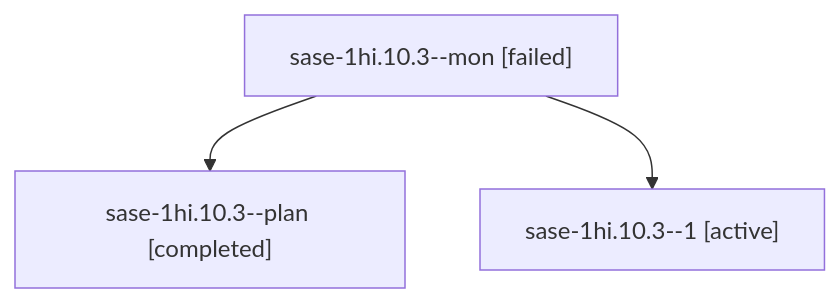
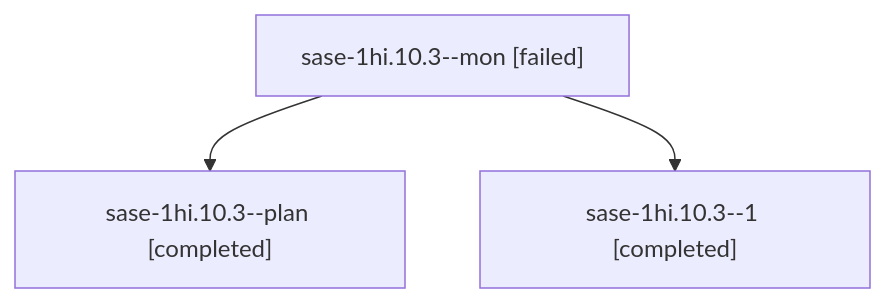
One commit to sase-org/sase--agents changed the diagram in sessions/bbugyi200.apollo.sase-1hi.10.3.md. Above: the diagram before and after it, drawn with Mermaid. The commit also changed other lines of this file and 127 other files, not shown here.

````diff
--- a/sessions/bbugyi200.apollo.sase-1hi.10.3.md
+++ b/sessions/bbugyi200.apollo.sase-1hi.10.3.md
@@ -9,8 +9,8 @@
 ```mermaid
 flowchart TD
   n0["sase-1hi.10.3--mon [failed]"]
   n1["sase-1hi.10.3--plan [completed]"]
   n0 --> n1
-  n2["sase-1hi.10.3--1 [active]"]
+  n2["sase-1hi.10.3--1 [completed]"]
   n0 --> n2
 ```
````
